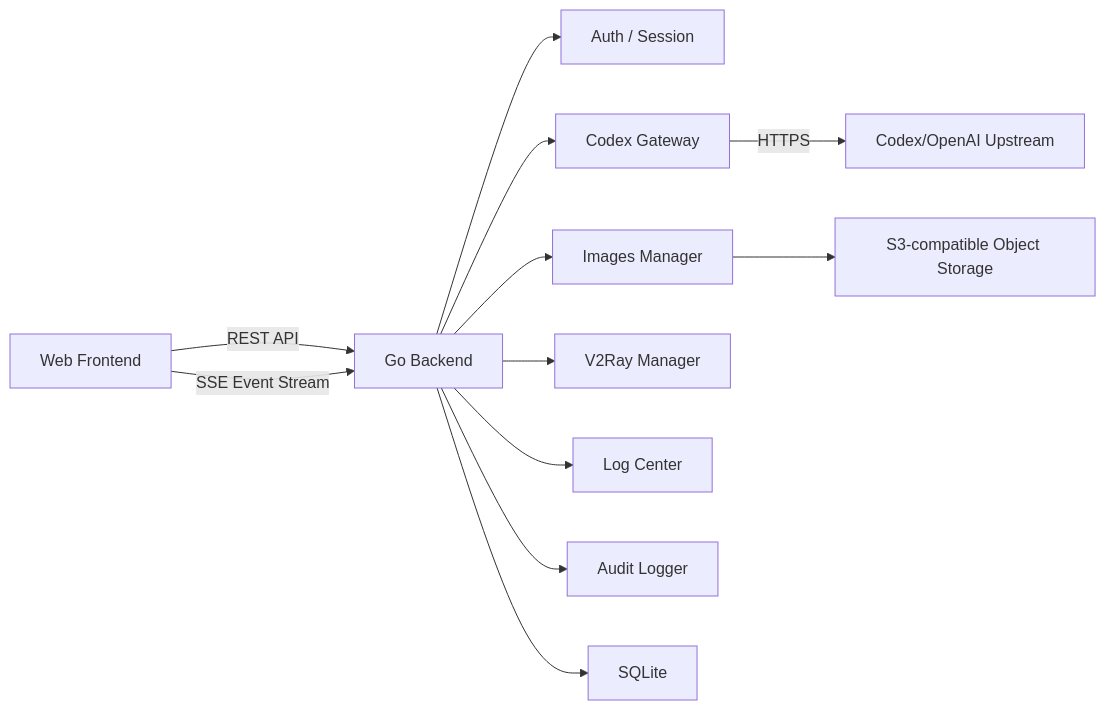
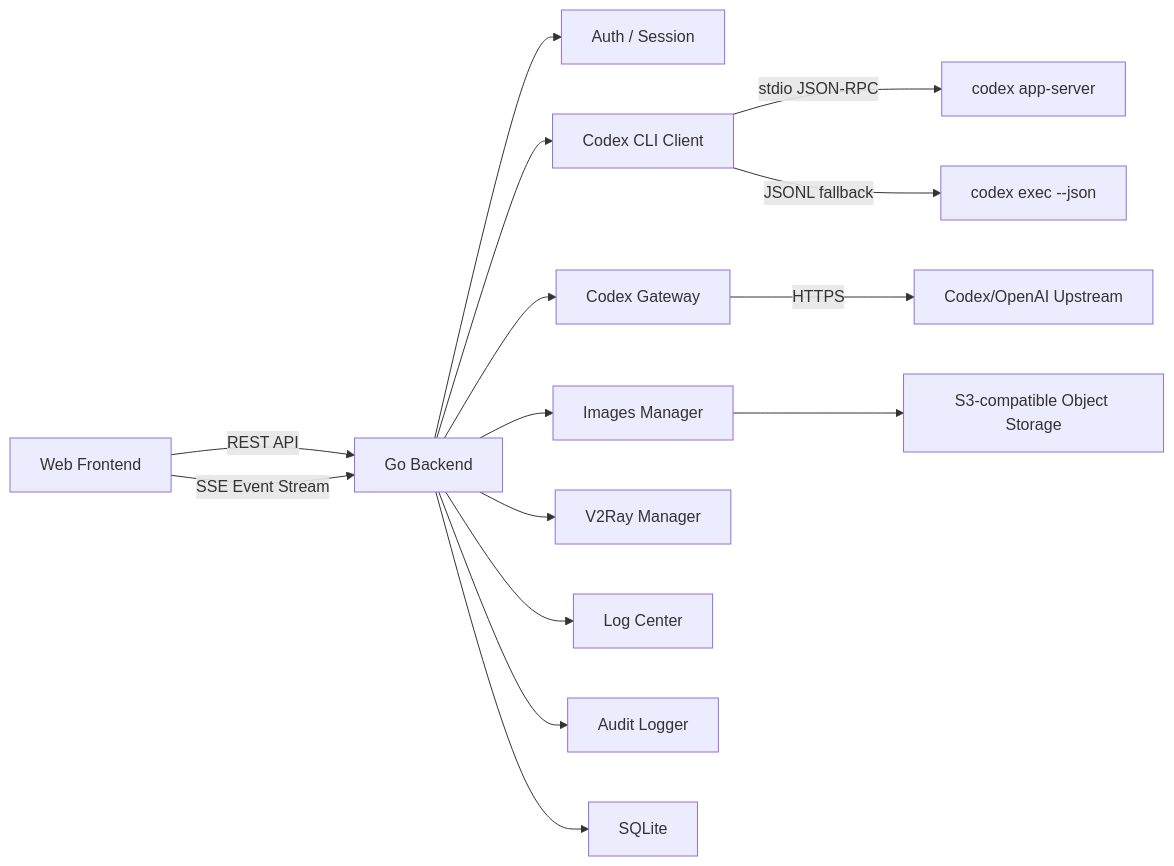
The first of 2 diagrams in docs/personal-web-terminal-technical-design.md (NageNalock/phantom-lancer), drawn with Mermaid before and after one commit. The commit also changed other lines of this file and 3 other files, not shown here.

````diff
--- a/docs/personal-web-terminal-technical-design.md
+++ b/docs/personal-web-terminal-technical-design.md
@@ -24,14 +29,17 @@
 ```mermaid
 flowchart LR
   Browser["Web Frontend"] -->|REST API| Backend["Go Backend"]
   Browser -->|SSE Event Stream| Backend
   Backend --> Auth["Auth / Session"]
+  Backend --> CodexClient["Codex CLI Client"]
   Backend --> Gateway["Codex Gateway"]
   Backend --> Images["Images Manager"]
   Backend --> V2Ray["V2Ray Manager"]
   Backend --> Logs["Log Center"]
   Backend --> Audit["Audit Logger"]
   Backend --> Store["SQLite"]
+  CodexClient -->|stdio JSON-RPC| CodexAppServer["codex app-server"]
+  CodexClient -->|JSONL fallback| CodexExec["codex exec --json"]
   Images --> ObjectStore["S3-compatible Object Storage"]
   Gateway -->|HTTPS| OpenAIUpstream["Codex/OpenAI Upstream"]
 ```
````
